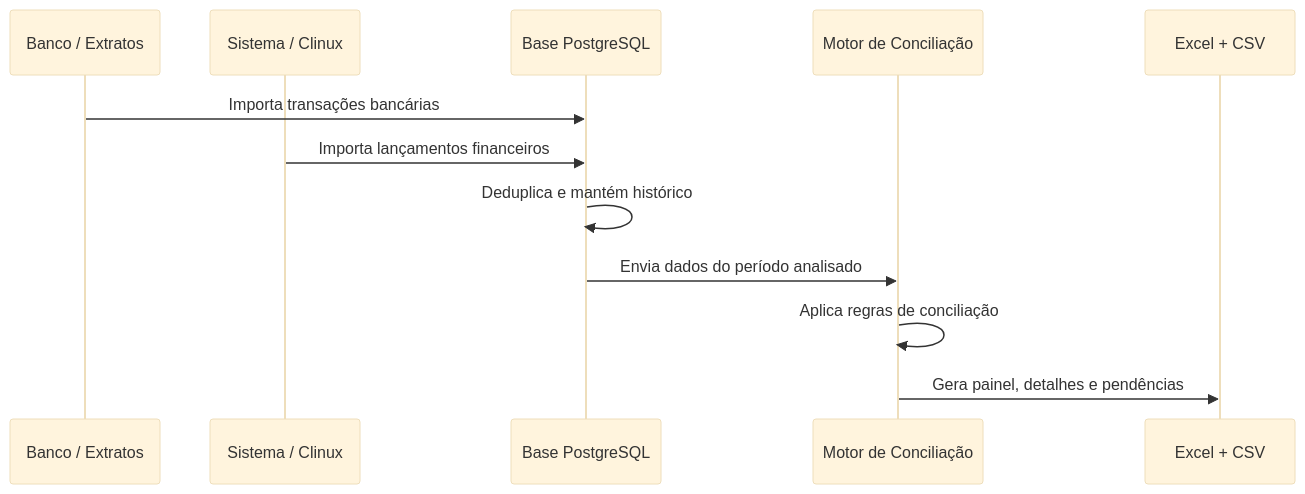
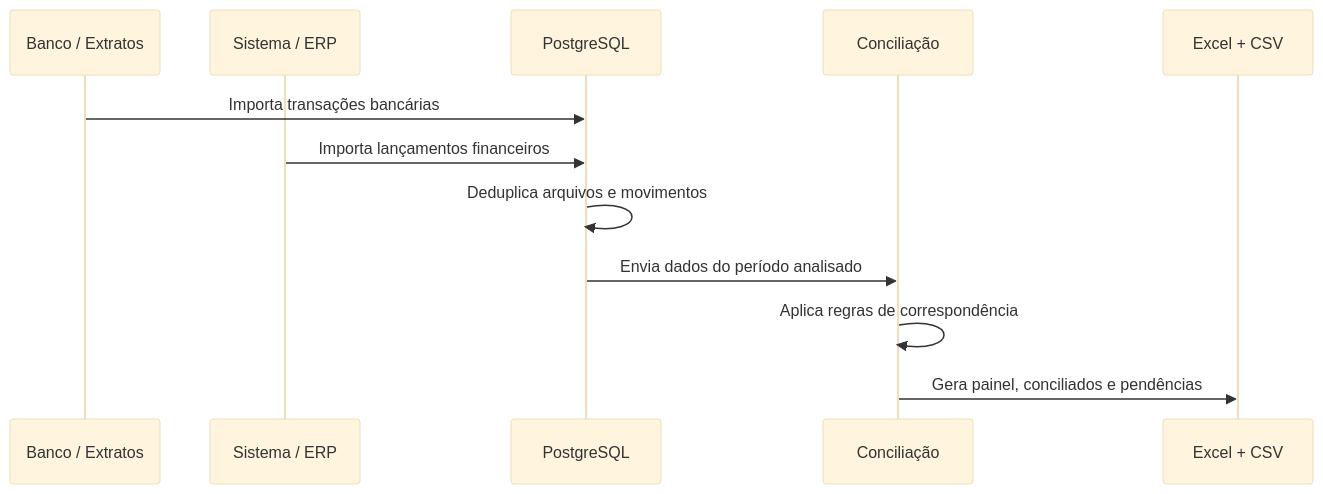
The second of 2 diagrams in README.md (brunocantt-byte/BankSync-), drawn with Mermaid (base theme) before and after one commit. The commit also changed other lines of this file and 2 other files, not shown here.

````diff
--- a/README.md
+++ b/README.md
@@ -71,15 +117,15 @@
 ```mermaid
 sequenceDiagram
     participant Banco as Banco / Extratos
-    participant Sistema as Sistema / Clinux
-    participant Base as Base PostgreSQL
-    participant Motor as Motor de Conciliação
+    participant Sistema as Sistema / ERP
+    participant Base as PostgreSQL
+    participant Motor as Conciliação
     participant Relatorio as Excel + CSV
 
     Banco->>Base: Importa transações bancárias
     Sistema->>Base: Importa lançamentos financeiros
-    Base->>Base: Deduplica e mantém histórico
+    Base->>Base: Deduplica arquivos e movimentos
     Base->>Motor: Envia dados do período analisado
-    Motor->>Motor: Aplica regras de conciliação
-    Motor->>Relatorio: Gera painel, detalhes e pendências
+    Motor->>Motor: Aplica regras de correspondência
+    Motor->>Relatorio: Gera painel, conciliados e pendências
 ```
````
